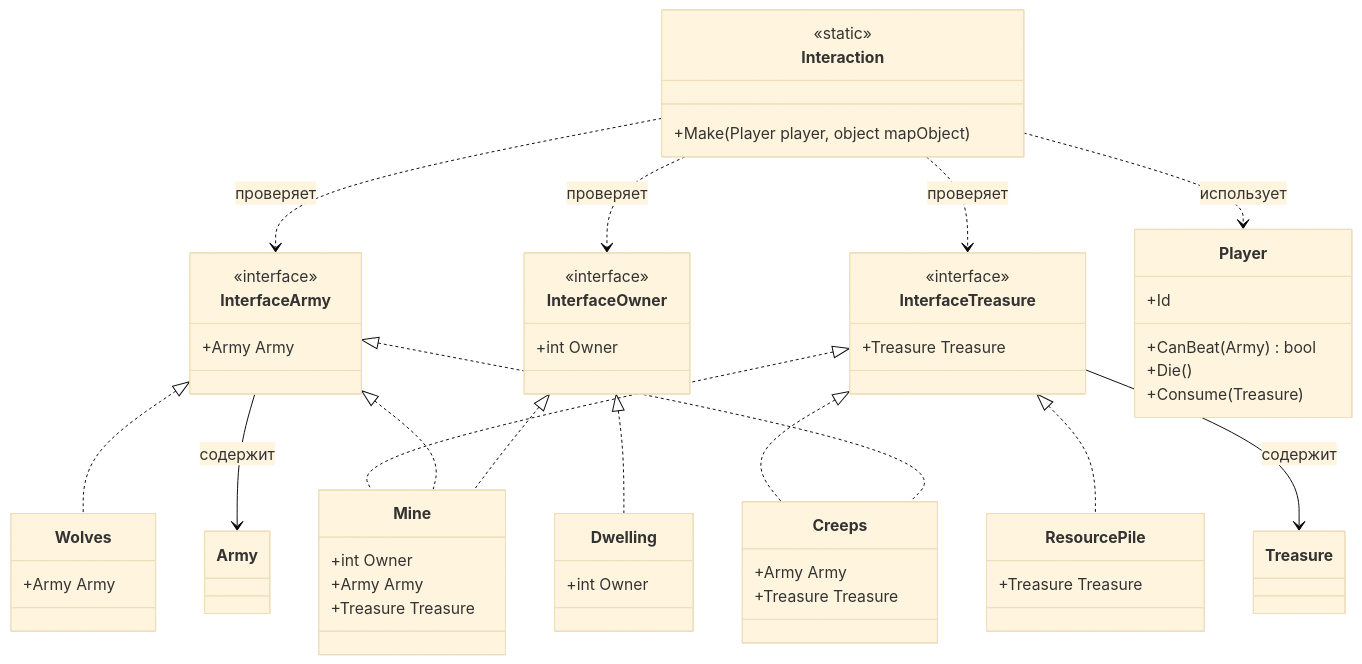
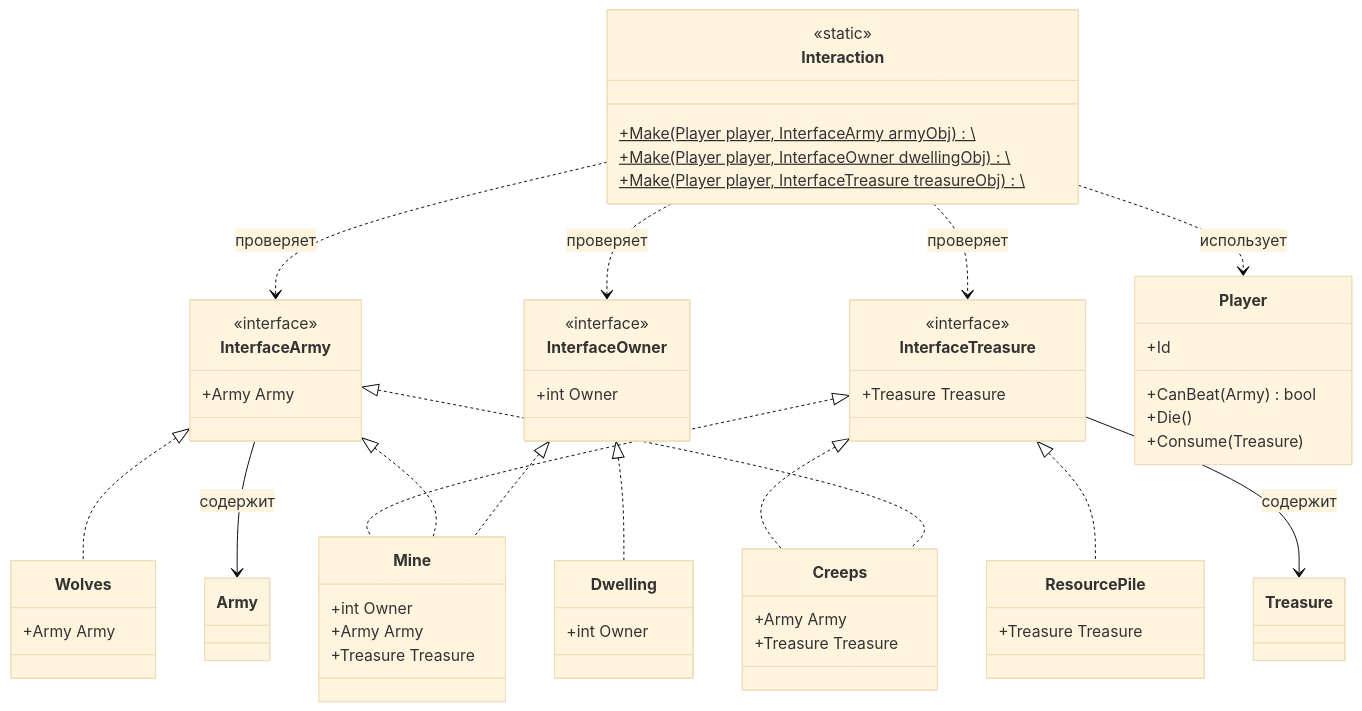
One commit to Du2Vi-lab/Ulearn-Tasks changed the diagram in homm.md. Above: the diagram before and after it, drawn with Mermaid (base theme).

````diff
--- a/homm.md
+++ b/homm.md
@@ -12,74 +12,74 @@
 ```mermaid
-
 classDiagram
     %% Интерфейсы
     class InterfaceOwner {
         <<interface>>
         +int Owner
     }
     class InterfaceArmy {
         <<interface>>
         +Army Army
     }
     class InterfaceTreasure {
         <<interface>>
         +Treasure Treasure
     }
 
     %% Классы карты
     class Dwelling {
         +int Owner
     }
     class Mine {
         +int Owner
         +Army Army
         +Treasure Treasure
     }
     class Creeps {
         +Army Army
         +Treasure Treasure
     }
     class Wolves {
         +Army Army
     }
     class ResourcePile {
         +Treasure Treasure
     }
 
     %% Реализация интерфейсов
     InterfaceOwner <|.. Dwelling
     InterfaceOwner <|.. Mine
     InterfaceArmy <|.. Mine
     InterfaceTreasure <|.. Mine
     InterfaceArmy <|.. Creeps
     InterfaceTreasure <|.. Creeps
     InterfaceArmy <|.. Wolves
     InterfaceTreasure <|.. ResourcePile
 
     %% Внешние сущности (типы данных)
     class Army
     class Treasure
     class Player {
         +Id
         +CanBeat(Army) bool
         +Die()
         +Consume(Treasure)
     }
 
     %% Ассоциации свойств
     InterfaceArmy --> Army : содержит
     InterfaceTreasure --> Treasure : содержит
 
     %% Статический класс логики
     class Interaction {
         <<static>>
-        +Make(Player player, object mapObject)
+        +Make(Player player, InterfaceArmy armyObj)\$
+        +Make(Player player, InterfaceOwner dwellingObj)\$
+        +Make(Player player, InterfaceTreasure treasureObj)\$
     }
 
     %% Зависимости метода Make
     Interaction ..> Player : использует
     Interaction ..> InterfaceArmy : проверяет
     Interaction ..> InterfaceOwner : проверяет
     Interaction ..> InterfaceTreasure : проверяет
-    
 ```
````
